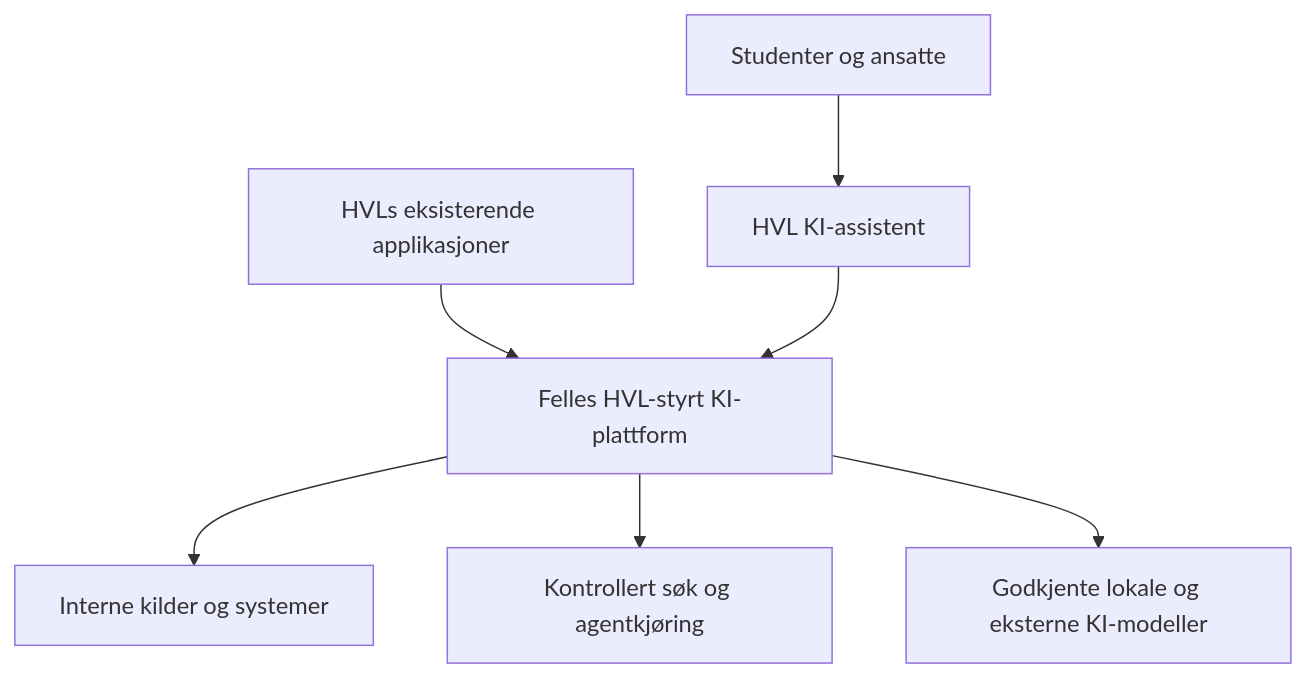
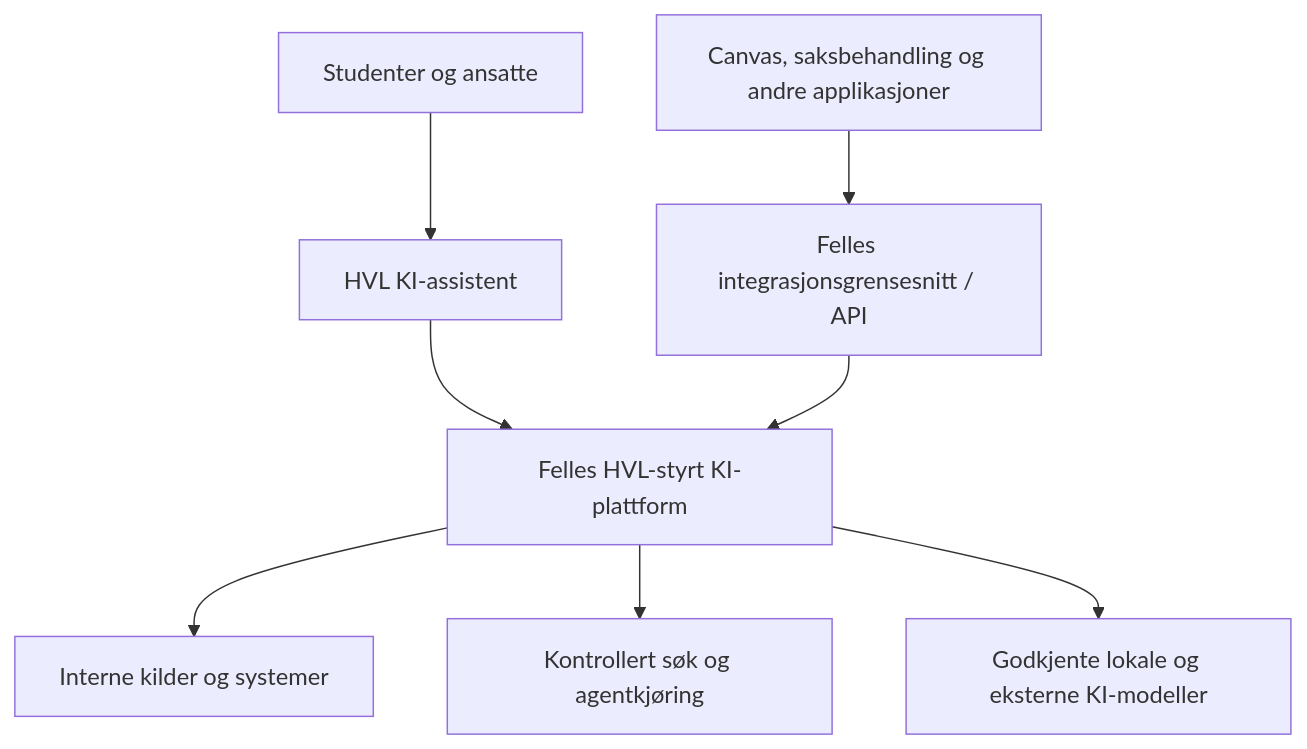
The first of 2 diagrams in docs/prodekanforum/intro.mdx (IvarRosenbergHVL/hvl-ki-documentation), drawn with Mermaid before and after one commit. The commit also changed other lines of this file and 1 other file, not shown here.

Commit message:
docs: presiser chat og applikasjons-API fra første lansering

````diff
--- a/docs/prodekanforum/intro.mdx
+++ b/docs/prodekanforum/intro.mdx
@@ -39,9 +46,10 @@
 ```mermaid
 flowchart TD
  U[Studenter og ansatte] --> C[HVL KI-assistent]
- A[HVLs eksisterende applikasjoner] --> P
+ A[Canvas, saksbehandling og andre applikasjoner] --> I[Felles integrasjonsgrensesnitt / API]
  C --> P[Felles HVL-styrt KI-plattform]
+ I --> P
  P --> K[Interne kilder og systemer]
  P --> W[Kontrollert søk og agentkjøring]
  P --> M[Godkjente lokale og eksterne KI-modeller]
 ```
````
